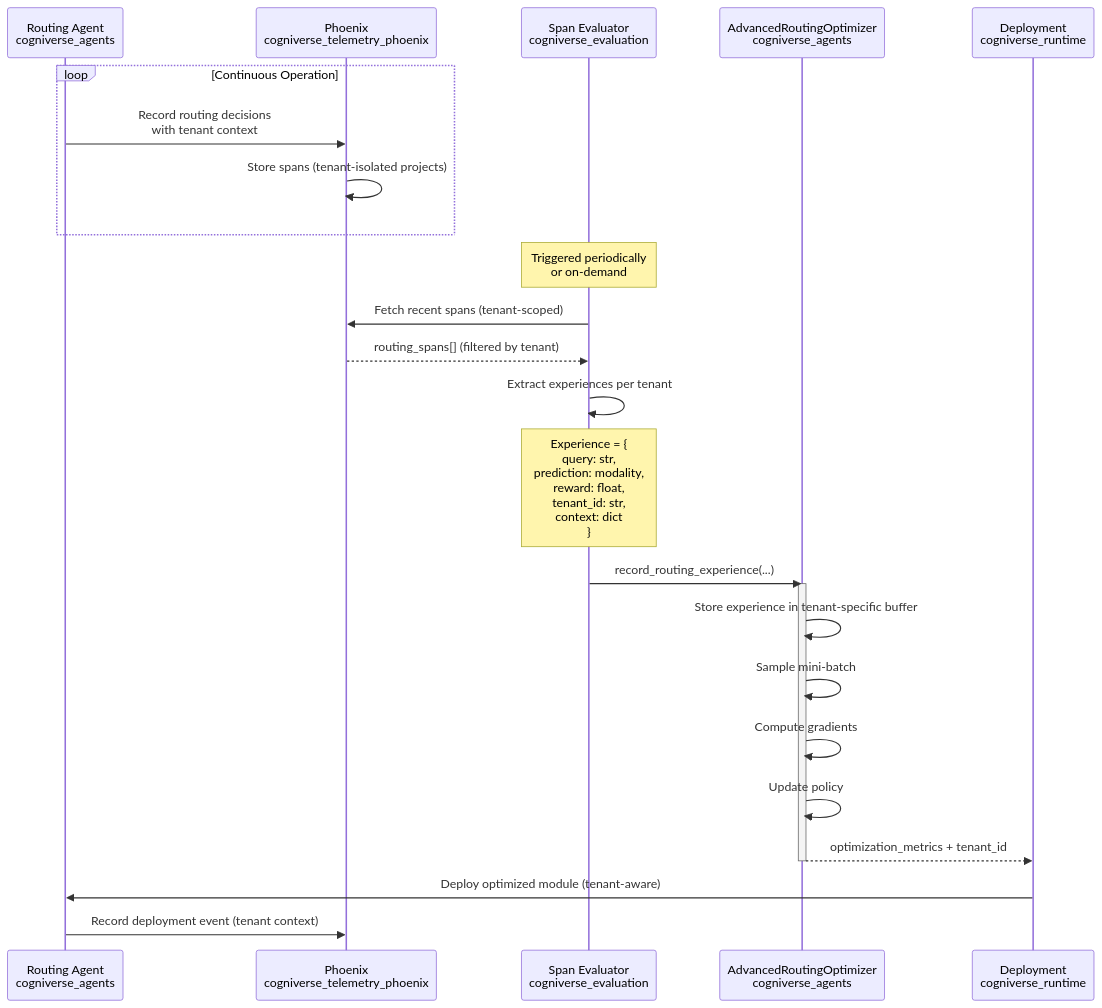
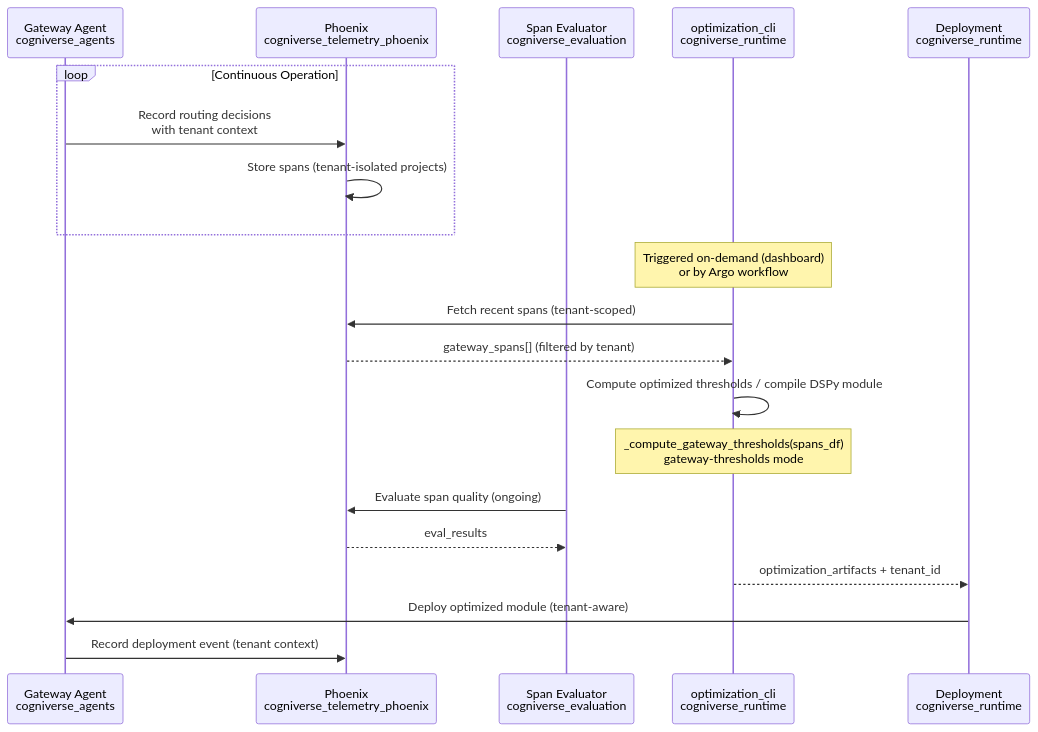
One commit to amit-jain/cogniverse changed diagram 12 of 24 in docs/architecture/system-flows.md. Above: the diagram before and after it, drawn with Mermaid. The commit also changed other lines of this file and 107 other files, not shown here.

````diff
--- a/docs/architecture/system-flows.md
+++ b/docs/architecture/system-flows.md
@@ -496,34 +496,29 @@
 ```mermaid
 sequenceDiagram
-    participant Routing as Routing Agent<br/>cogniverse_agents
+    participant Gateway as Gateway Agent<br/>cogniverse_agents
     participant Phoenix as Phoenix<br/>cogniverse_telemetry_phoenix
     participant SpanEval as Span Evaluator<br/>cogniverse_evaluation
-    participant GRPO as AdvancedRoutingOptimizer<br/>cogniverse_agents
+    participant OptCLI as optimization_cli<br/>cogniverse_runtime
     participant Deploy as Deployment<br/>cogniverse_runtime
 
     loop Continuous Operation
-        Routing->>Phoenix: Record routing decisions<br/>with tenant context
+        Gateway->>Phoenix: Record routing decisions<br/>with tenant context
         Phoenix->>Phoenix: Store spans (tenant-isolated projects)
     end
 
-    Note over SpanEval: Triggered periodically<br/>or on-demand
+    Note over OptCLI: Triggered on-demand (dashboard)<br/>or by Argo workflow
 
-    SpanEval->>Phoenix: Fetch recent spans (tenant-scoped)
-    Phoenix-->>SpanEval: routing_spans[] (filtered by tenant)
+    OptCLI->>Phoenix: Fetch recent spans (tenant-scoped)
+    Phoenix-->>OptCLI: gateway_spans[] (filtered by tenant)
 
-    SpanEval->>SpanEval: Extract experiences per tenant
-    Note over SpanEval: Experience = {<br/>  query: str,<br/>  prediction: modality,<br/>  reward: float,<br/>  tenant_id: str,<br/>  context: dict<br/>}
+    OptCLI->>OptCLI: Compute optimized thresholds / compile DSPy module
+    Note over OptCLI: _compute_gateway_thresholds(spans_df)<br/>gateway-thresholds mode
 
-    SpanEval->>GRPO: record_routing_experience(...)
+    SpanEval->>Phoenix: Evaluate span quality (ongoing)
+    Phoenix-->>SpanEval: eval_results
 
-    activate GRPO
-    GRPO->>GRPO: Store experience in tenant-specific buffer
-    GRPO->>GRPO: Sample mini-batch
-    GRPO->>GRPO: Compute gradients
-    GRPO->>GRPO: Update policy
-    GRPO-->>Deploy: optimization_metrics + tenant_id
-    deactivate GRPO
+    OptCLI-->>Deploy: optimization_artifacts + tenant_id
 
-    Deploy->>Routing: Deploy optimized module (tenant-aware)
-    Routing->>Phoenix: Record deployment event (tenant context)
+    Deploy->>Gateway: Deploy optimized module (tenant-aware)
+    Gateway->>Phoenix: Record deployment event (tenant context)
 ```
````
